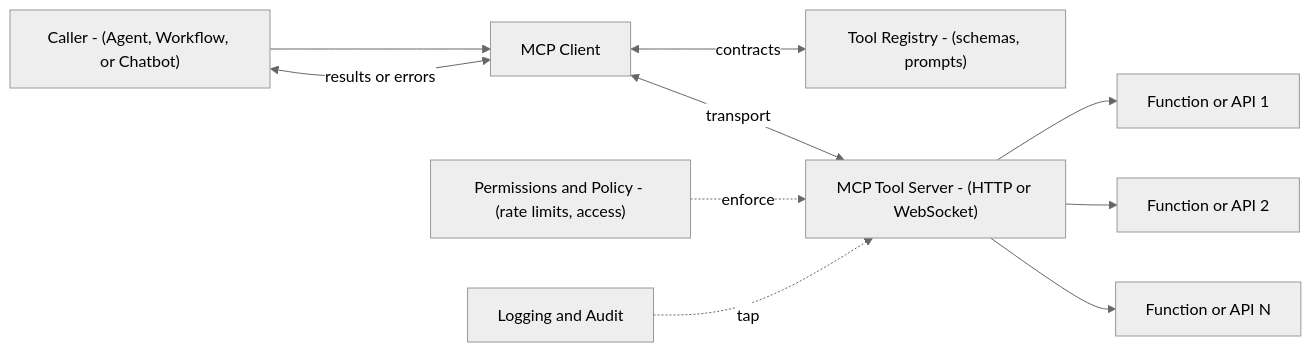
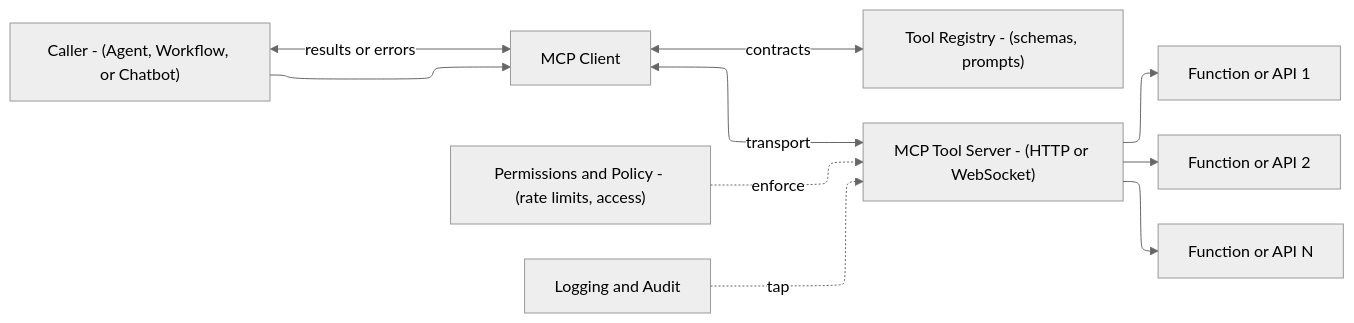
One commit to TedTschopp/tedt.org changed the third of 9 diagrams in _posts/AI/2025-09-11-Model-vs-Chatbot-vs-Workflow-vs-Agent.md. Above: the diagram before and after it, drawn with Mermaid (neutral theme). The commit also changed other lines of this file, not shown here.

Commit message:
more mermaid

````diff
--- a/_posts/AI/2025-09-11-Model-vs-Chatbot-vs-Workflow-vs-Agent.md
+++ b/_posts/AI/2025-09-11-Model-vs-Chatbot-vs-Workflow-vs-Agent.md
@@ -158,12 +172,14 @@
 ```mermaid
+%%{ init: { "flowchart": { "defaultRenderer": "elk" } } }%%
+
 graph LR
     A["Caller - (Agent, Workflow, or Chatbot)"] --> C["MCP Client"]
     C <-- contracts --> S["Tool Registry - (schemas, prompts)"]
     C <-- transport --> TS["MCP Tool Server - (HTTP or WebSocket)"]
     TS --> F1["Function or API 1"]
     TS --> F2["Function or API 2"]
     TS --> FN["Function or API N"]
     P["Permissions and Policy - (rate limits, access)"] -. enforce .-> TS
     L["Logging and Audit"] -. tap .-> TS
     A <-- results or errors --> C
 ```
````
